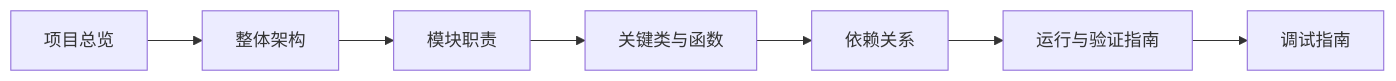
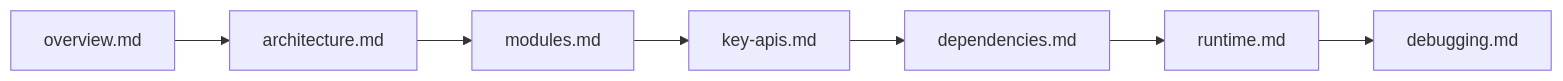
One commit to xinetzone/SpecWeave changed the diagram in .agents/docs/code-wiki/README.md. Above: the diagram before and after it, drawn with Mermaid. The commit also changed other lines of this file and 18 other files, not shown here.

````diff
--- a/.agents/docs/code-wiki/README.md
+++ b/.agents/docs/code-wiki/README.md
@@ -28,9 +41,9 @@
 ```mermaid
 flowchart LR
-    A["项目总览"] --> B["整体架构"]
-    B --> C["模块职责"]
-    C --> D["关键类与函数"]
-    D --> E["依赖关系"]
-    E --> F["运行与验证指南"]
-    F --> G["调试指南"]
+    A["overview.md"] --> B["architecture.md"]
+    B --> C["modules.md"]
+    C --> D["key-apis.md"]
+    D --> E["dependencies.md"]
+    E --> F["runtime.md"]
+    F --> G["debugging.md"]
 ```
````
